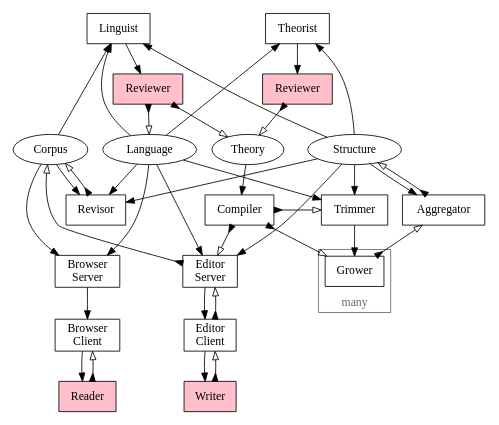
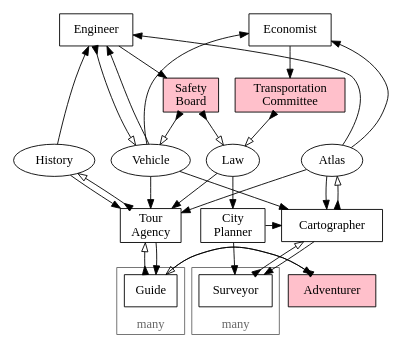
The diagram in doc/architecture.dot (fritzo/pomagma), drawn with Graphviz before and after one commit. The commit also changed 3 other files, not shown here.

```diff
--- a/doc/architecture.dot
+++ b/doc/architecture.dot
@@ -1,142 +1,106 @@
 digraph G {
 	overlap=false;
-	size="5,5";
+	size="4,4";
 	node [shape=box];
 
 
 	//subgraph cluster_legend {
 	//	rank="max";
 	//	Human [style=filled, fillcolor=pink];
-	//	TODO;
 	//	Data [shape=ellipse];
 	//}
 
-	Theorist;
-	Linguist;
-	Revisor;
-	{
-		node [style=filled, fillcolor=pink];
-		LanguageReviewer [label="Reviewer"];
-		TheoryReviewer [label="Reviewer"];
-	}
+	Economist;
+	Engineer;
+    {
+        rank="same";
+        node [style=filled, fillcolor=pink];
+        Committee [label="Transportation\nCommittee"];
+        SafetyBoard [label="Safety\nBoard"];
+    }
 	{
 		node [shape=ellipse];
-		Language;
-		Theory;
-		Structure;
-		Corpus;
+		Vehicle;
+		Law;
+		Atlas;
+		History;
 	}
-	EditorServer [label="Editor\nServer"];
-	BrowserServer [label="Browser\nServer"];
+    Planner [label="City\nPlanner"];
+	TourAgency [label="Tour\nAgency"];
 
-	subgraph cluster_grower {
-		Grower;
+	subgraph cluster_survey {
+		Surveyor;
 
 		color = "#666666";
 		fontcolor = "#666666";
 		label = "many";
 		labelloc = "b";
 	}
 
-	subgraph cluster_writer {
+	subgraph cluster_adventure {
 		rank="max";
-		EditorClient [label="Editor\nClient"];
+		Guide;
 		{
 			rank="max";
-			Writer [style=filled, fillcolor=pink];
+			Adventurer [style=filled, fillcolor=pink];
 		}
 
 		color = "#666666";
 		fontcolor = "#666666";
 		label = "many";
 		labelloc = "b";
 	}
 
-	subgraph cluster_reader {
-		rank="max";
-		BrowserClient [label="Browser\nClient"];
-		{
-			rank="max";
-			Reader [style=filled, fillcolor=pink];
-		}
-
-		color = "#666666";
-		fontcolor = "#666666";
-		label = "many";
-		labelloc = "b";
-	}
+	{ rank="min"; Engineer; Economist; }
+	{ rank="same"; Vehicle; Law; Atlas; History; }
+	{ rank="same"; Cartographer; Planner; TourAgency; }
+	{ rank="max"; Adventurer; }
 
 
-	{ rank="min"; Theorist; Linguist; }
-	{ rank="same"; LanguageReviewer; TheoryReviewer; }
-	{ rank="same"; Language; Theory; Structure; Corpus; }
-	{ rank="same"; Trimmer; Aggregator; Compiler; }
-	{ rank="same"; EditorServer; BrowserServer; }
-	{ rank="same"; EditorClient; BrowserClient; }
-	{ rank="max"; Writer; Reader; }
+	// Workflow: Plan
+	edge [dir=forward arrowhead=normal]; // pull
+	Law -> Planner;
+	Planner -> Surveyor;
+	Planner -> Cartographer;
 
+	// Workflow: Survey
+	edge [dir=forward arrowhead=normal]; // pull
+	Atlas -> Cartographer;
+	Vehicle -> Cartographer;
+	Cartographer -> Surveyor;
+	edge [dir=both arrowtail=inv arrowhead=empty]; // push
+	Surveyor -> Cartographer;
+	Cartographer -> Atlas;
 
-	// Workflow: Compile
+	// Workflow: Adventure
 	edge [dir=forward arrowhead=normal]; // pull
-	Theory -> Compiler;
+	Law -> TourAgency;
+	Atlas -> TourAgency;
+	Vehicle -> TourAgency;
+	TourAgency -> Guide;
+	Guide -> Adventurer;
+	History -> TourAgency;
 	edge [dir=both arrowtail=inv arrowhead=empty]; // push
-	Compiler -> Grower;
-	Compiler -> Trimmer;
-	Compiler -> EditorServer;
+	Adventurer -> Guide;
+	Guide -> TourAgency;
+	TourAgency -> History;
 
-	// Workflow:  Grow
+	// Workflow: Engineer
 	edge [dir=forward arrowhead=normal]; // pull
-	Structure -> Trimmer;
-	Language -> Trimmer;
-	Trimmer -> Grower;
-	Structure -> Aggregator;
+	History -> Engineer;
+	Atlas -> Engineer;
+	Vehicle -> Engineer;
+	Engineer -> SafetyBoard;
 	edge [dir=both arrowtail=inv arrowhead=empty]; // push
-	Grower -> Aggregator;
-	Aggregator -> Structure;
+	Engineer -> Vehicle;
+	SafetyBoard -> Vehicle;
+	SafetyBoard -> Law;
 
-	// Workflow:  Edit
+	// Workflow: Legislate
 	edge [dir=forward arrowhead=normal]; // pull
-	Structure -> EditorServer;
-	Language -> EditorServer;
-	EditorServer -> EditorClient;
-	EditorClient -> Writer;
+	Atlas -> Economist;
+	Vehicle ->  Economist;
+	Economist -> Committee;
 	edge [dir=both arrowtail=inv arrowhead=empty]; // push
-	Writer -> EditorClient;
-	EditorClient -> EditorServer;
-	EditorServer -> Corpus;
-
-	// Workflow:  Browse
-	edge [dir=forward arrowhead=normal]; // pull
-	Corpus -> BrowserServer;
-	Language -> BrowserServer;
-	BrowserServer -> BrowserClient;
-	BrowserClient -> Reader;
-	edge [dir=both arrowtail=inv arrowhead=empty]; // push
-	Reader -> BrowserClient;
-
-	// Workflow:  LearnLanguage
-	edge [dir=forward arrowhead=normal]; // pull
-	Corpus -> Linguist;
-	Structure -> Linguist;
-	Language -> Linguist;
-	Linguist -> LanguageReviewer;
-	edge [dir=both arrowtail=inv arrowhead=empty]; // push
-	LanguageReviewer -> Language;
-	LanguageReviewer -> Theory;
-
-	// Workflow:  ReviseCorpus
-	edge [dir=forward arrowhead=normal]; // pull
-	Corpus -> Revisor;
-	Language -> Revisor;
-	Structure -> Revisor;
-	edge [dir=both arrowtail=inv arrowhead=empty]; // push
-	Revisor -> Corpus;
-
-	// Workflow:  Theorize
-	edge [dir=forward arrowhead=normal]; // pull
-	Structure -> Theorist;
-	Language ->  Theorist;
-	Theorist -> TheoryReviewer;
-	edge [dir=both arrowtail=inv arrowhead=empty]; // push
-	TheoryReviewer -> Theory;
+	Committee -> Law;
 }
```
